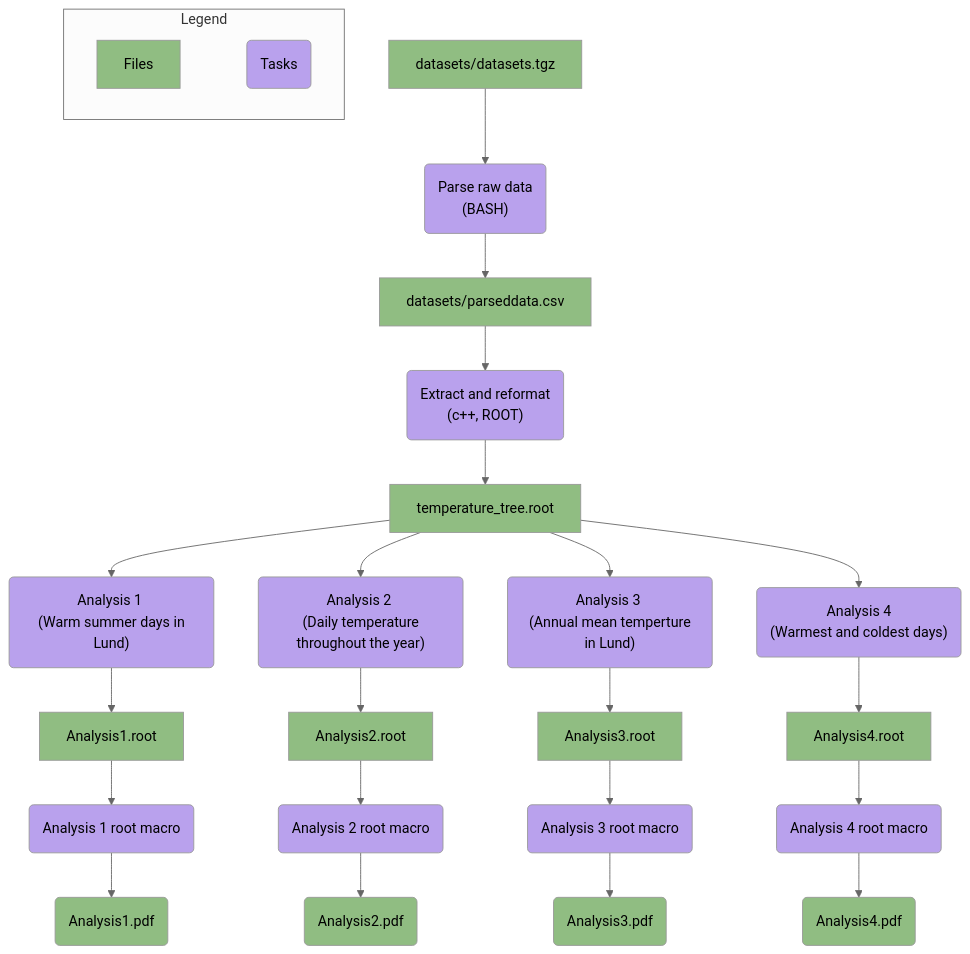
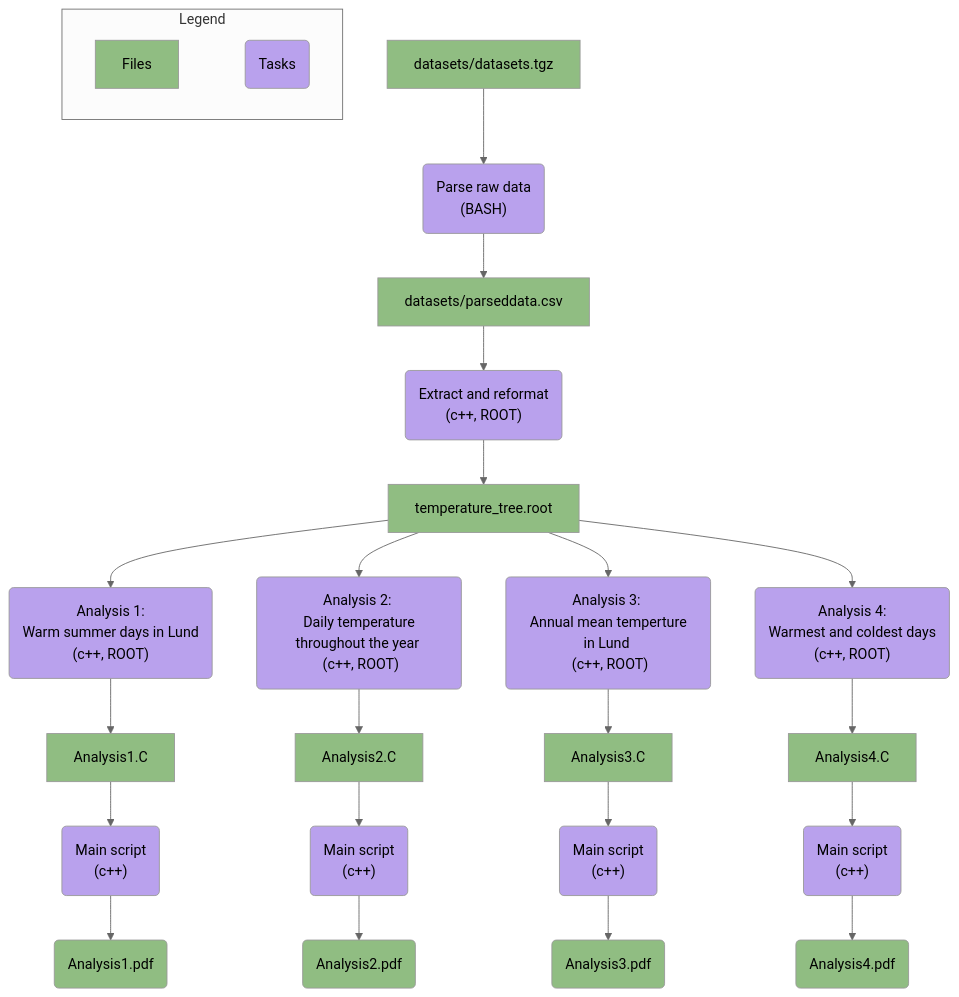
Before and after one commit to dchelidzemrics-design/MNXB11-Project: the diagram in Workplan.md, drawn with Mermaid.

````diff
--- a/Workplan.md
+++ b/Workplan.md
@@ -9,49 +9,49 @@
-```mermaid 
+```mermaid
 %%{init: { 'theme':'neutral', 'fontSize': '11px'} }%%
 flowchart TD
     %% This will be the same for all analyses
     A["datasets/datasets.tgz"] --> B("Parse raw data <br> (BASH)")
     B --> C["datasets/parseddata.csv"]
     C --> D("Extract and reformat <br> (c++, ROOT)")
     D --> E["temperature_tree.root"]
 
     %% The seperate analyses
-    E --> G("Analysis 1 <br> (Warm summer days in Lund)")
-    E --> H("Analysis 2 <br> (Daily temperature throughout the year)")
-    E --> I("Analysis 3 <br> (Annual mean temperture in Lund)")
-    E --> J("Analysis 4 <br> (Warmest and coldest days)")
+    E --> G("Analysis 1: <br> Warm summer days in Lund <br> (c++, ROOT)")
+    E --> H("Analysis 2: <br> Daily temperature throughout the year <br> (c++, ROOT)")
+    E --> I("Analysis 3: <br> Annual mean temperture in Lund <br> (c++, ROOT)")
+    E --> J("Analysis 4: <br> Warmest and coldest days <br> (c++, ROOT)")
 
     %% Analysis 1 workflow
-    G --> G1["Analysis1.root"]
-    G1 --> G2("Analysis 1 root macro")
+    G --> G1["Analysis1.C"]
+    G1 --> G2("Main script <br> (c++)")
     G2 --> G3("Analysis1.pdf")
 
     %% Analysis 2 workflow
-    H --> H1["Analysis2.root"]
-    H1 --> H2("Analysis 2 root macro")
+    H --> H1["Analysis2.C"]
+    H1 --> H2("Main script <br> (c++)")
     H2 --> H3("Analysis2.pdf")
 
     %% Analysis 3 workflow
-    I --> I1["Analysis3.root"]
-    I1 --> I2("Analysis 3 root macro")
+    I --> I1["Analysis3.C"]
+    I1 --> I2("Main script <br> (c++)")
     I2 --> I3("Analysis3.pdf")
 
     %% Analysis 4 workflow
-    J --> J1["Analysis4.root"]
-    J1 --> J2("Analysis 4 root macro")
+    J --> J1["Analysis4.C"]
+    J1 --> J2("Main script <br> (c++)")
     J2 --> J3("Analysis4.pdf")
 
     %% Legend 
     subgraph Legend ["Legend"]
         direction LR
         L1["Files"] ~~~ L2("Tasks")
     end
 
     %% Seperate Files and Tasks into different classes
     %% with different colors
     classDef Files fill:#90bd82;
     classDef Tasks fill:#b9a1ed;
 
     class L1,A,C,E,G1,G3,H1,H3,I1,I3,J1,J3 Files;
     class L2,B,D,G,H,I,J,F,F2,G2,H2,I2,J2 Tasks;
 ```
````
